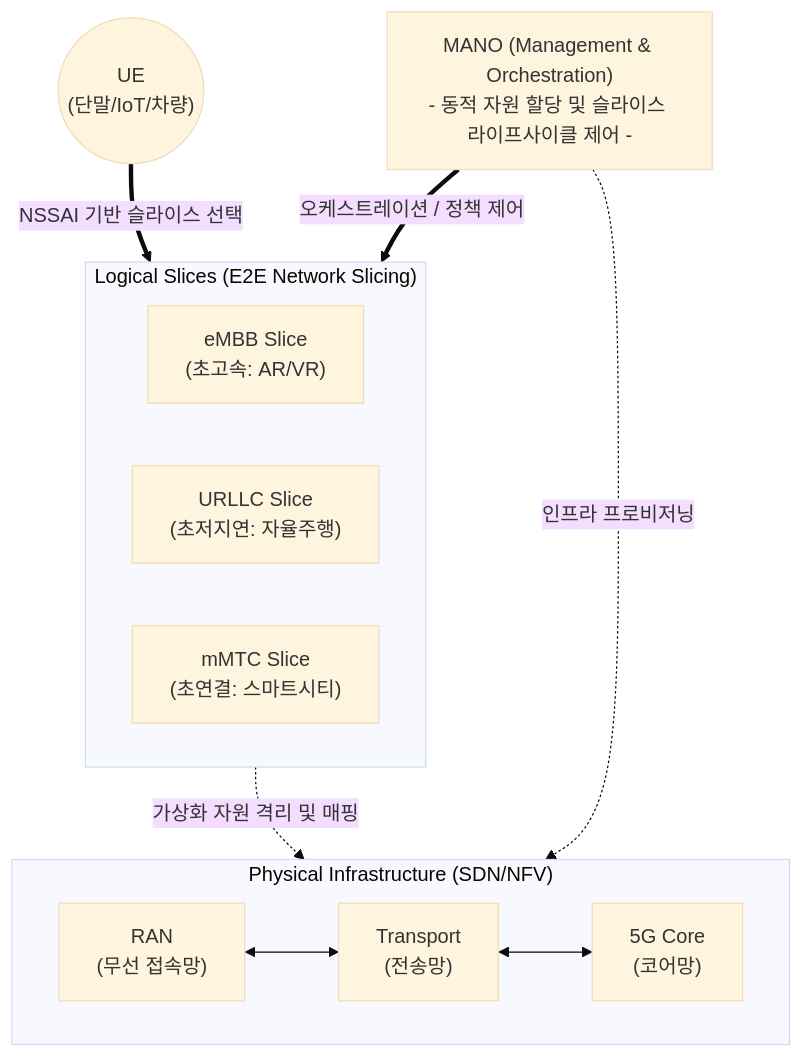
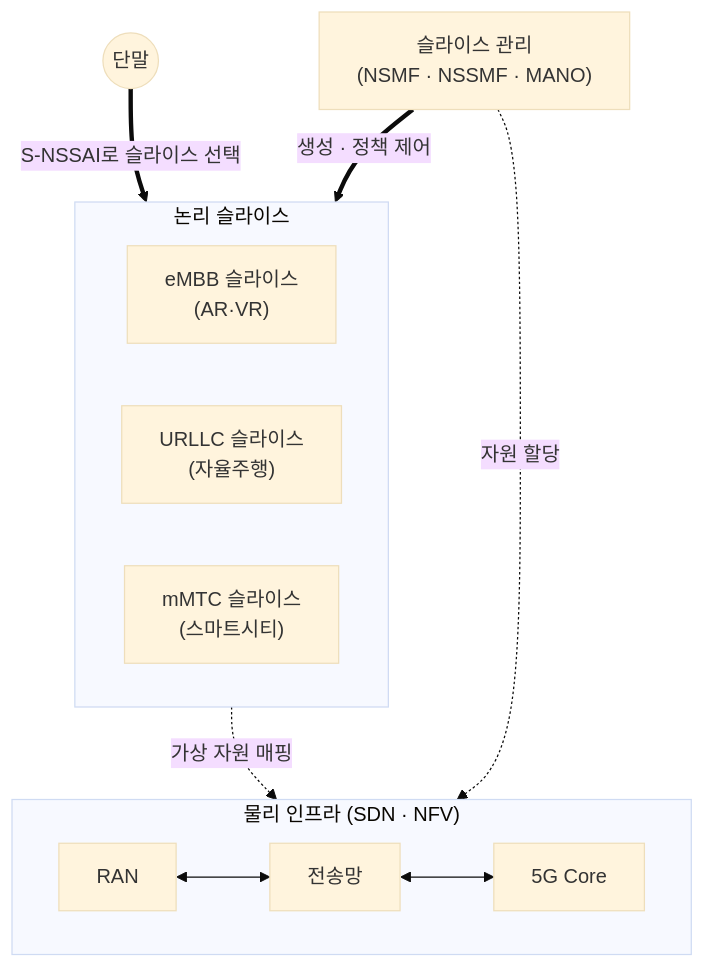
Before and after one commit to supremethumb/supremethumb.github.io: the diagram in content/01_IT Tech/네트워크 슬라이싱.md, drawn with Mermaid (base theme). The commit also changed other lines of this file and 1087 other files, not shown here.

````diff
--- a/content/01_IT Tech/네트워크 슬라이싱.md
+++ b/content/01_IT Tech/네트워크 슬라이싱.md
@@ -23,24 +35,19 @@
 ```mermaid
 flowchart TD
-    UE(("UE<br/>(단말/IoT/차량)"))
-
-    subgraph Slices["Logical Slices (E2E Network Slicing)"]
+    UE(("단말"))
+    subgraph S["논리 슬라이스"]
         direction LR
-        Slice1["eMBB Slice<br/>(초고속: AR/VR)"]
-        Slice2["URLLC Slice<br/>(초저지연: 자율주행)"]
-        Slice3["mMTC Slice<br/>(초연결: 스마트시티)"]
+        S1["eMBB 슬라이스<br/>(AR·VR)"]
+        S2["URLLC 슬라이스<br/>(자율주행)"]
+        S3["mMTC 슬라이스<br/>(스마트시티)"]
     end
-
-    subgraph Infra["Physical Infrastructure (SDN/NFV)"]
+    subgraph I["물리 인프라 (SDN · NFV)"]
         direction LR
-        RAN["RAN<br/>(무선 접속망)"] <--> TN["Transport<br/>(전송망)"] <--> Core["5G Core<br/>(코어망)"]
+        RAN["RAN"] <--> TN["전송망"] <--> Core["5G Core"]
     end
-
-    MANO["MANO (Management & Orchestration)<br/>- 동적 자원 할당 및 슬라이스 라이프사이클 제어 -"]
-
-    UE == "NSSAI 기반 슬라이스 선택" ==> Slices
-    Slices -. "가상화 자원 격리 및 매핑" .-> Infra
-    MANO == "오케스트레이션 / 정책 제어" ==> Slices
-    MANO -. "인프라 프로비저닝" .-> Infra
-
+    MGMT["슬라이스 관리<br/>(NSMF · NSSMF · MANO)"]
+    UE == "S-NSSAI로 슬라이스 선택" ==> S
+    S -. "가상 자원 매핑" .-> I
+    MGMT == "생성 · 정책 제어" ==> S
+    MGMT -. "자원 할당" .-> I
 ```
````
